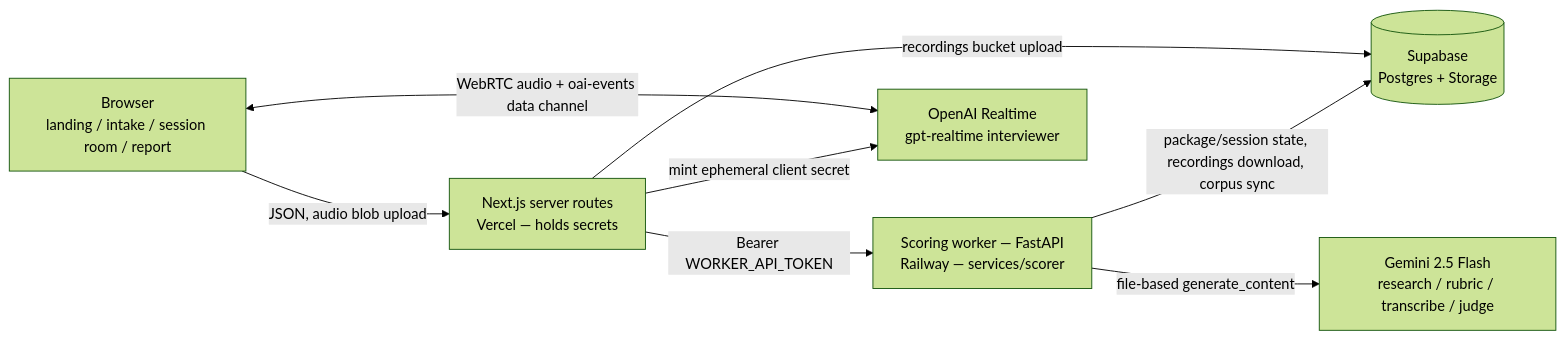
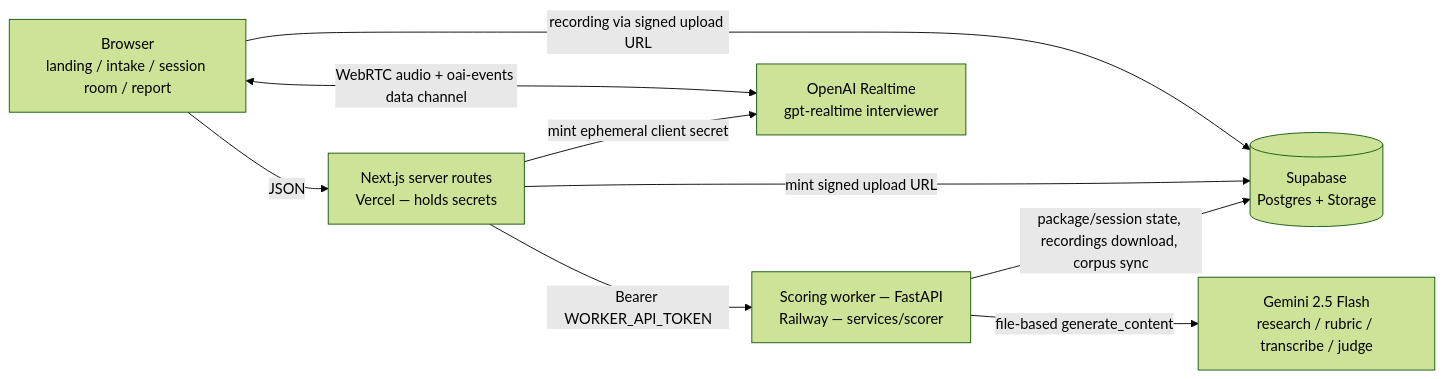
One commit to bridgewright/flightcheck changed the diagram in docs/architecture.md. Above: the diagram before and after it, drawn with Mermaid (forest theme). The commit also changed other lines of this file, not shown here.

Commit message:
docs: architecture diagram matches the signed-URL upload flow

````diff
--- a/docs/architecture.md
+++ b/docs/architecture.md
@@ -5,17 +5,18 @@
 ```mermaid
 flowchart LR
     B[Browser<br/>landing / intake / session room / report]
     W[Next.js server routes<br/>Vercel — holds secrets]
     K[Scoring worker — FastAPI<br/>Railway — services/scorer]
     S[(Supabase<br/>Postgres + Storage)]
     OAI[OpenAI Realtime<br/>gpt-realtime interviewer]
     G[Gemini 2.5 Flash<br/>research / rubric / transcribe / judge]
 
-    B -->|JSON, audio blob upload| W
+    B -->|JSON| W
+    B -->|recording via signed upload URL| S
     B <-->|WebRTC audio + oai-events data channel| OAI
     W -->|Bearer WORKER_API_TOKEN| K
     W -->|mint ephemeral client secret| OAI
-    W -->|recordings bucket upload| S
+    W -->|mint signed upload URL| S
     K -->|package/session state, recordings download, corpus sync| S
     K -->|file-based generate_content| G
 ```
````
